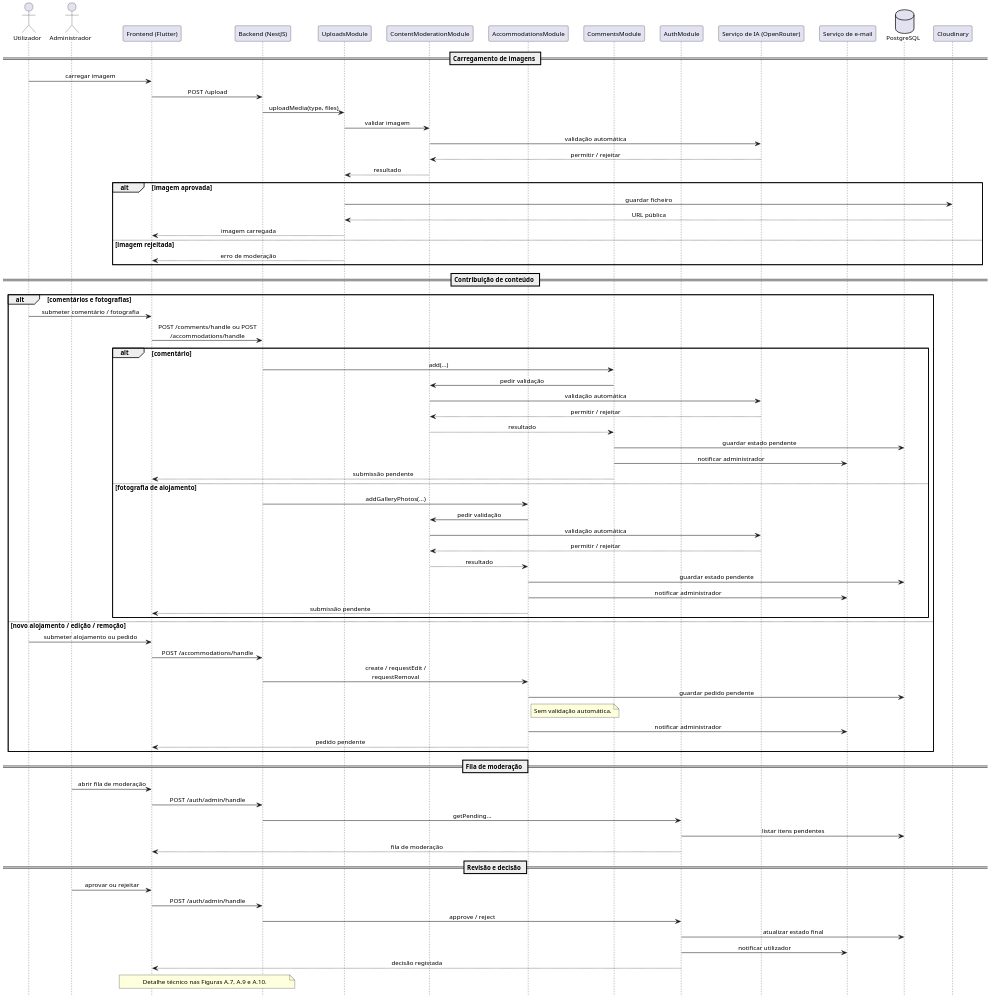
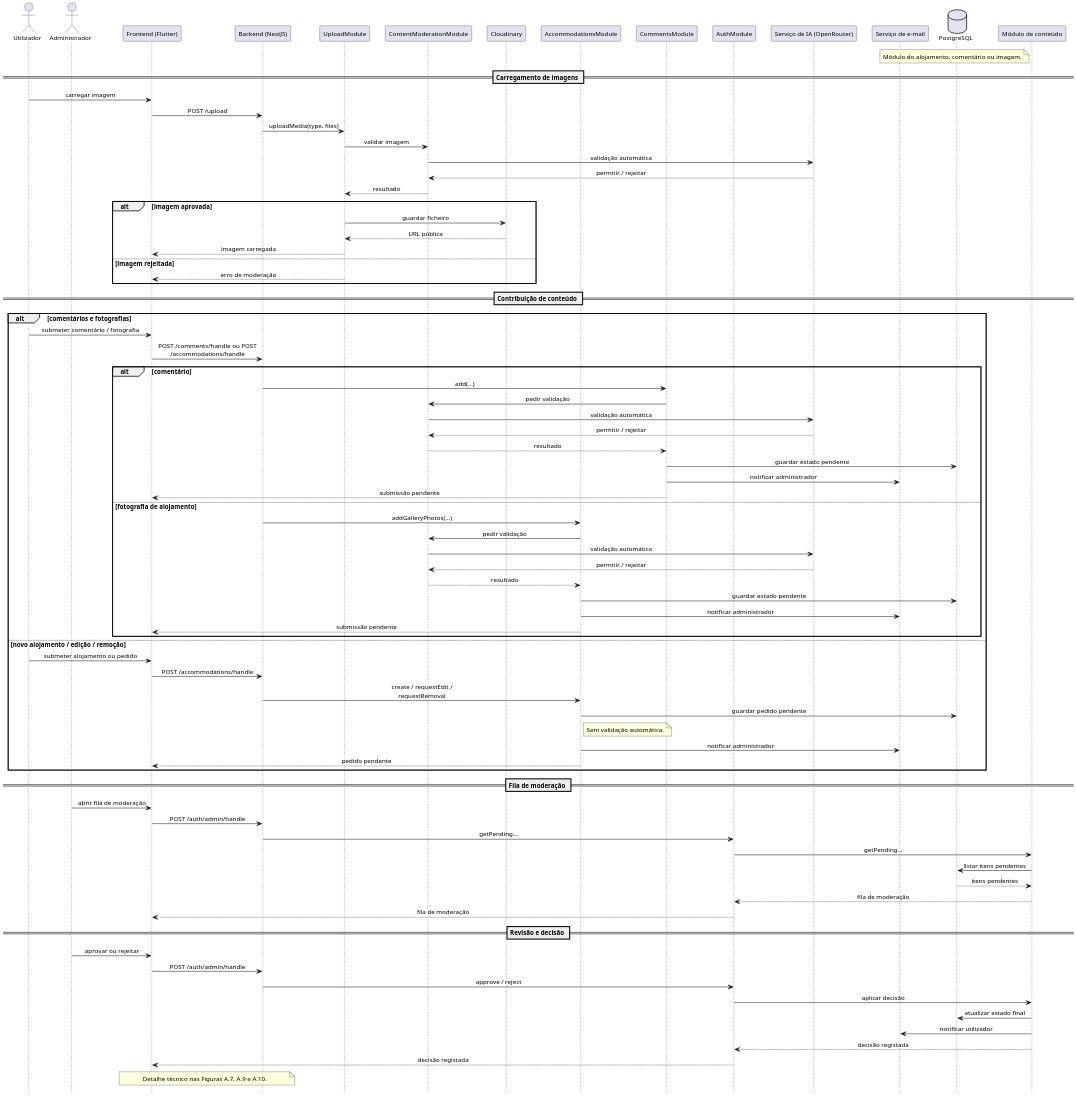
Before and after one commit to alegna83/cookbook-be: the diagram in docs/diagrams/communication-media-moderation-flow.puml, drawn with PlantUML. The commit also changed 1 other file, not shown here.

```diff
--- a/docs/diagrams/communication-media-moderation-flow.puml
+++ b/docs/diagrams/communication-media-moderation-flow.puml
@@ -1,102 +1,112 @@
 @startuml
 hide footbox
 skinparam defaultFontName Arial
 skinparam defaultFontSize 12
 skinparam dpi 190
 skinparam maxMessageSize 200
 skinparam sequence {
   ParticipantPadding 10
   BoxPadding 6
   MessageAlign center
   ArrowThickness 1
 }
 
 actor Utilizador
 actor Administrador
 participant "Frontend (Flutter)" as FE
 participant "Backend (NestJS)" as BE
-participant "UploadsModule" as UploadsModule
+participant "UploadModule" as UploadsModule
 participant "ContentModerationModule" as ModerationModule
+participant "Cloudinary" as Cloudinary
 participant "AccommodationsModule" as AccommodationsModule
 participant "CommentsModule" as CommentsModule
 participant "AuthModule" as AuthModule
 participant "Serviço de IA (OpenRouter)" as AI
 participant "Serviço de e-mail" as Email
 database "PostgreSQL" as DB
-participant "Cloudinary" as Cloudinary
+participant "Módulo de conteúdo" as ContentModule
+
+note left of ContentModule
+Módulo do alojamento, comentário ou imagem.
+end note
 
 == Carregamento de imagens ==
 
 Utilizador -> FE : carregar imagem
 FE -> BE : POST /upload
 BE -> UploadsModule : uploadMedia(type, files)
 UploadsModule -> ModerationModule : validar imagem
 ModerationModule -> AI : validação automática
 AI --> ModerationModule : permitir / rejeitar
 ModerationModule --> UploadsModule : resultado
 alt imagem aprovada
   UploadsModule -> Cloudinary : guardar ficheiro
   Cloudinary --> UploadsModule : URL pública
   UploadsModule --> FE : imagem carregada
 else imagem rejeitada
   UploadsModule --> FE : erro de moderação
 end
 
 == Contribuição de conteúdo ==
 
 alt comentários e fotografias
   Utilizador -> FE : submeter comentário / fotografia
   FE -> BE : POST /comments/handle ou POST /accommodations/handle
   alt comentário
     BE -> CommentsModule : add(...)
     CommentsModule -> ModerationModule : pedir validação
     ModerationModule -> AI : validação automática
     AI --> ModerationModule : permitir / rejeitar
     ModerationModule --> CommentsModule : resultado
     CommentsModule -> DB : guardar estado pendente
     CommentsModule -> Email : notificar administrador
     CommentsModule --> FE : submissão pendente
   else fotografia de alojamento
     BE -> AccommodationsModule : addGalleryPhotos(...)
     AccommodationsModule -> ModerationModule : pedir validação
     ModerationModule -> AI : validação automática
     AI --> ModerationModule : permitir / rejeitar
     ModerationModule --> AccommodationsModule : resultado
     AccommodationsModule -> DB : guardar estado pendente
     AccommodationsModule -> Email : notificar administrador
     AccommodationsModule --> FE : submissão pendente
   end
 else novo alojamento / edição / remoção
   Utilizador -> FE : submeter alojamento ou pedido
   FE -> BE : POST /accommodations/handle
   BE -> AccommodationsModule : create / requestEdit / requestRemoval
   AccommodationsModule -> DB : guardar pedido pendente
   note right of AccommodationsModule
     Sem validação automática.
   end note
   AccommodationsModule -> Email : notificar administrador
   AccommodationsModule --> FE : pedido pendente
 end
 
 == Fila de moderação ==
 
 Administrador -> FE : abrir fila de moderação
 FE -> BE : POST /auth/admin/handle
 BE -> AuthModule : getPending...
-AuthModule -> DB : listar itens pendentes
+AuthModule -> ContentModule : getPending...
+ContentModule -> DB : listar itens pendentes
+DB --> ContentModule : itens pendentes
+ContentModule --> AuthModule : fila de moderação
 AuthModule --> FE : fila de moderação
 
 == Revisão e decisão ==
 
 Administrador -> FE : aprovar ou rejeitar
 FE -> BE : POST /auth/admin/handle
 BE -> AuthModule : approve / reject
-AuthModule -> DB : atualizar estado final
-AuthModule -> Email : notificar utilizador
+AuthModule -> ContentModule : aplicar decisão
+ContentModule -> DB : atualizar estado final
+ContentModule -> Email : notificar utilizador
+ContentModule --> AuthModule : decisão registada
 AuthModule --> FE : decisão registada
 
 note over FE,BE
 Detalhe técnico nas Figuras A.7, A.9 e A.10.
 end note
 
 @enduml
```
